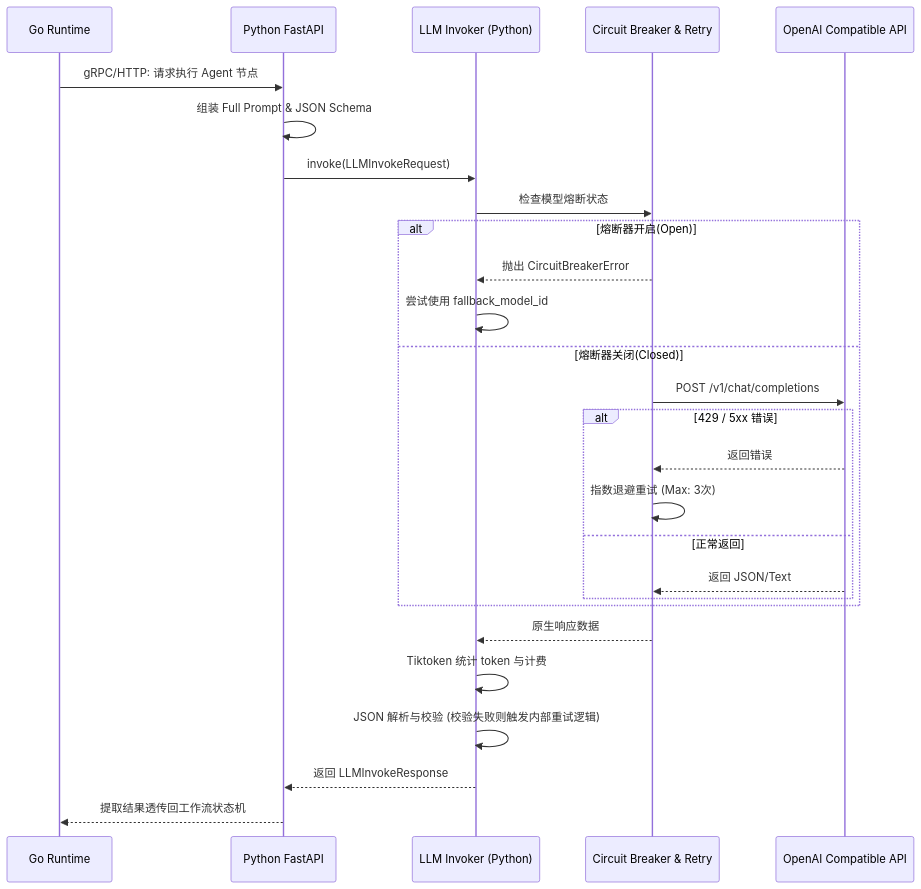
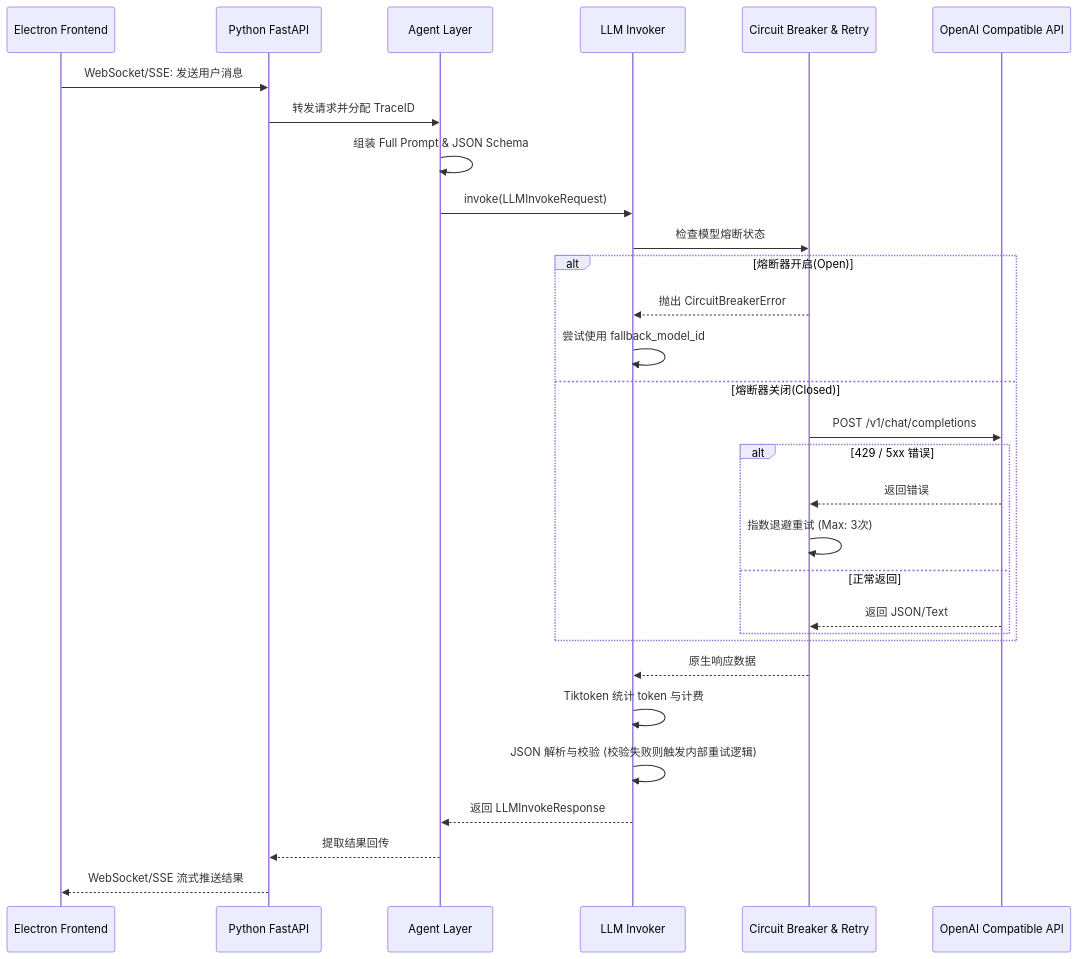
One commit to xie480/Luna-AI changed the diagram in backend/docs/system/大模型接入与统一调用层设计.md. Above: the diagram before and after it, drawn with Mermaid. The commit also changed other lines of this file and 14 other files, not shown here.

````diff
--- a/backend/docs/system/大模型接入与统一调用层设计.md
+++ b/backend/docs/system/大模型接入与统一调用层设计.md
@@ -90,34 +90,37 @@
 ```mermaid
 sequenceDiagram
-    participant Go as Go Runtime
+    participant Electron as Electron Frontend
     participant PyAPI as Python FastAPI
-    participant LLM_Layer as LLM Invoker (Python)
+    participant Agent as Agent Layer
+    participant LLM_Layer as LLM Invoker
     participant Resilience as Circuit Breaker & Retry
     participant OAI as OpenAI Compatible API
 
-    Go->>PyAPI: gRPC/HTTP: 请求执行 Agent 节点
-    PyAPI->>PyAPI: 组装 Full Prompt & JSON Schema
-    PyAPI->>LLM_Layer: invoke(LLMInvokeRequest)
+    Electron->>PyAPI: WebSocket/SSE: 发送用户消息
+    PyAPI->>Agent: 转发请求并分配 TraceID
+    Agent->>Agent: 组装 Full Prompt & JSON Schema
+    Agent->>LLM_Layer: invoke(LLMInvokeRequest)
 
     LLM_Layer->>Resilience: 检查模型熔断状态
     alt 熔断器开启(Open)
         Resilience-->>LLM_Layer: 抛出 CircuitBreakerError
         LLM_Layer->>LLM_Layer: 尝试使用 fallback_model_id
     else 熔断器关闭(Closed)
         Resilience->>OAI: POST /v1/chat/completions
         alt 429 / 5xx 错误
             OAI-->>Resilience: 返回错误
             Resilience->>Resilience: 指数退避重试 (Max: 3次)
         else 正常返回
             OAI-->>Resilience: 返回 JSON/Text
         end
     end
 
     Resilience-->>LLM_Layer: 原生响应数据
 
     LLM_Layer->>LLM_Layer: Tiktoken 统计 token 与计费
     LLM_Layer->>LLM_Layer: JSON 解析与校验 (校验失败则触发内部重试逻辑)
 
-    LLM_Layer-->>PyAPI: 返回 LLMInvokeResponse
-    PyAPI-->>Go: 提取结果透传回工作流状态机
+    LLM_Layer-->>Agent: 返回 LLMInvokeResponse
+    Agent-->>PyAPI: 提取结果回传
+    PyAPI-->>Electron: WebSocket/SSE 流式推送结果
 ```
````
